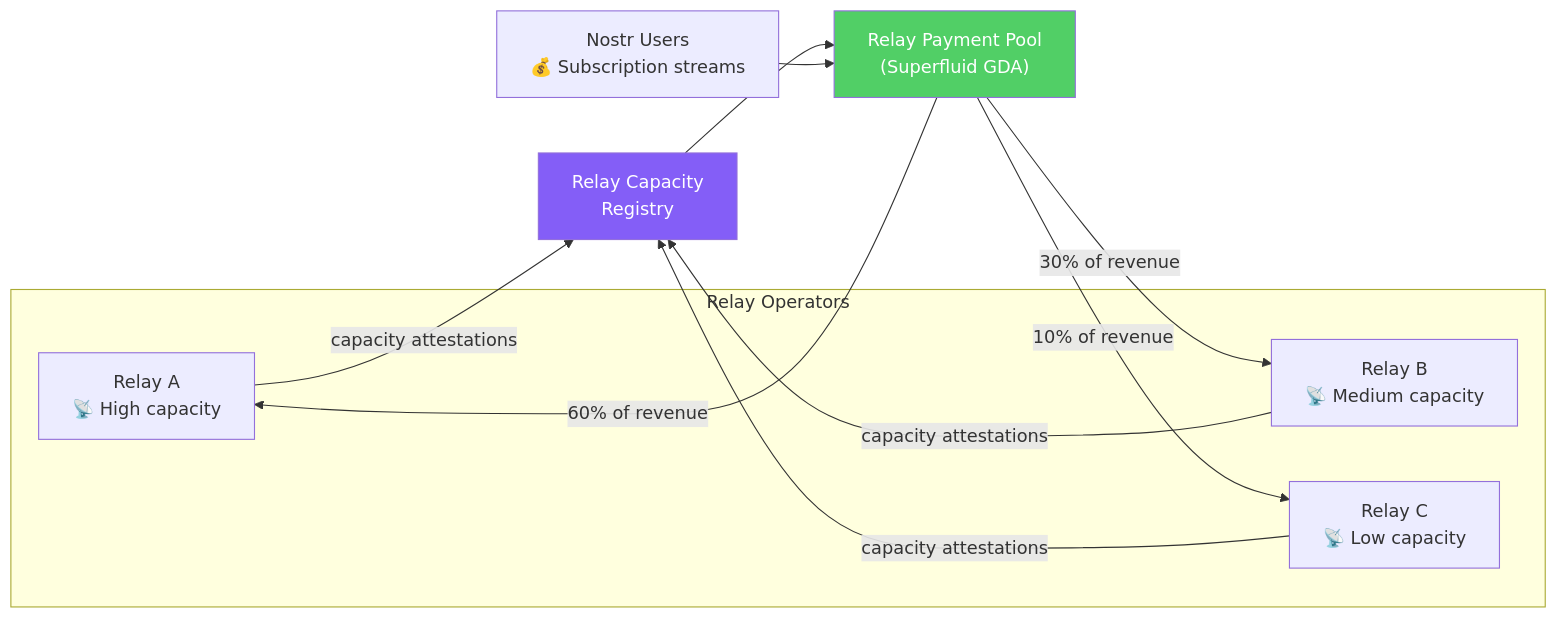
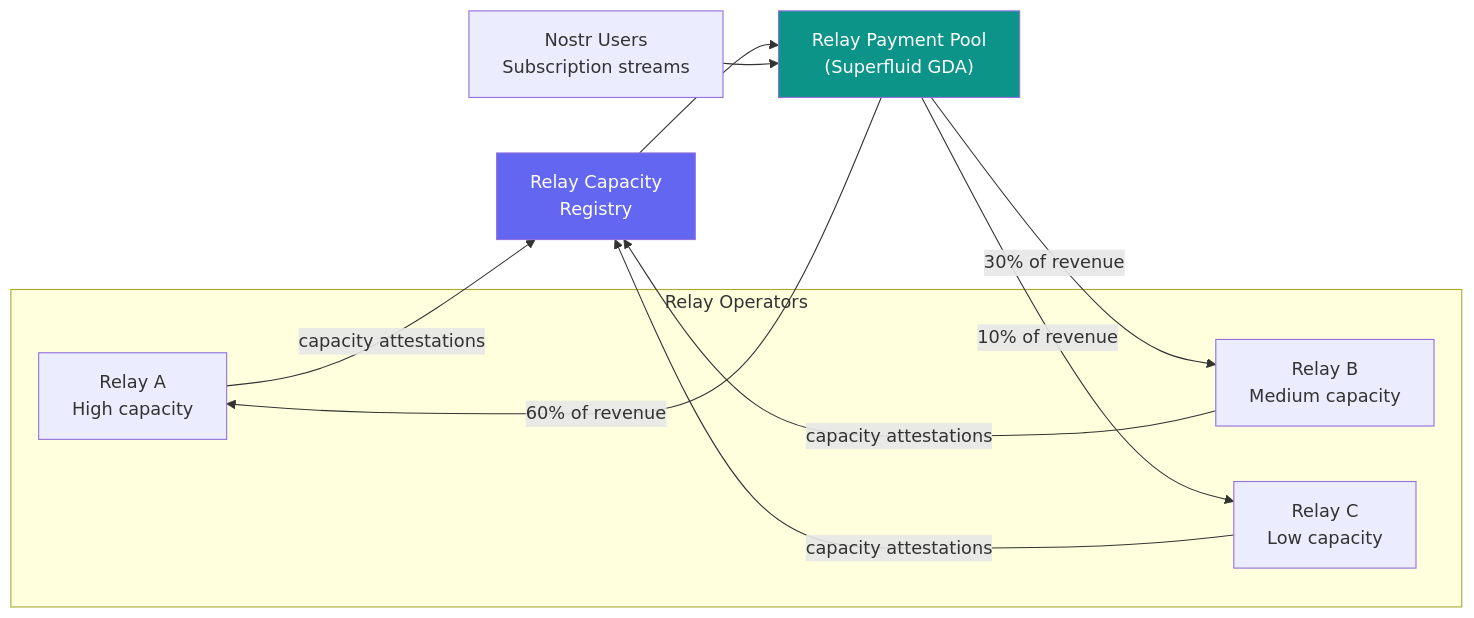
Before and after one commit to backproto/backproto: diagram 11 of 16 in website/explainer.md, drawn with Mermaid. The commit also changed other lines of this file and 7 other files, not shown here.

First line of the commit message:
refactor(explainer): modernize diagrams and polish text

````diff
--- a/website/explainer.md
+++ b/website/explainer.md
@@ -345,23 +344,23 @@
 ```mermaid
 graph LR
     subgraph "Relay Operators"
-        R1["Relay A<br/>📡 High capacity"]
-        R2["Relay B<br/>📡 Medium capacity"]
-        R3["Relay C<br/>📡 Low capacity"]
+        R1["Relay A<br/>High capacity"]
+        R2["Relay B<br/>Medium capacity"]
+        R3["Relay C<br/>Low capacity"]
     end
 
     R1 -->|capacity attestations| REG["Relay Capacity<br/>Registry"]
     R2 -->|capacity attestations| REG
     R3 -->|capacity attestations| REG
 
     REG --> POOL["Relay Payment Pool<br/>(Superfluid GDA)"]
 
     POOL -->|"60% of revenue"| R1
     POOL -->|"30% of revenue"| R2
     POOL -->|"10% of revenue"| R3
 
-    USERS["Nostr Users<br/>💰 Subscription streams"] --> POOL
+    USERS["Nostr Users<br/>Subscription streams"] --> POOL
 
-    style REG fill:#845ef7,color:#fff
-    style POOL fill:#51cf66,color:#fff
+    style REG fill:#6366f1,color:#fff
+    style POOL fill:#0d9488,color:#fff
 ```
````
